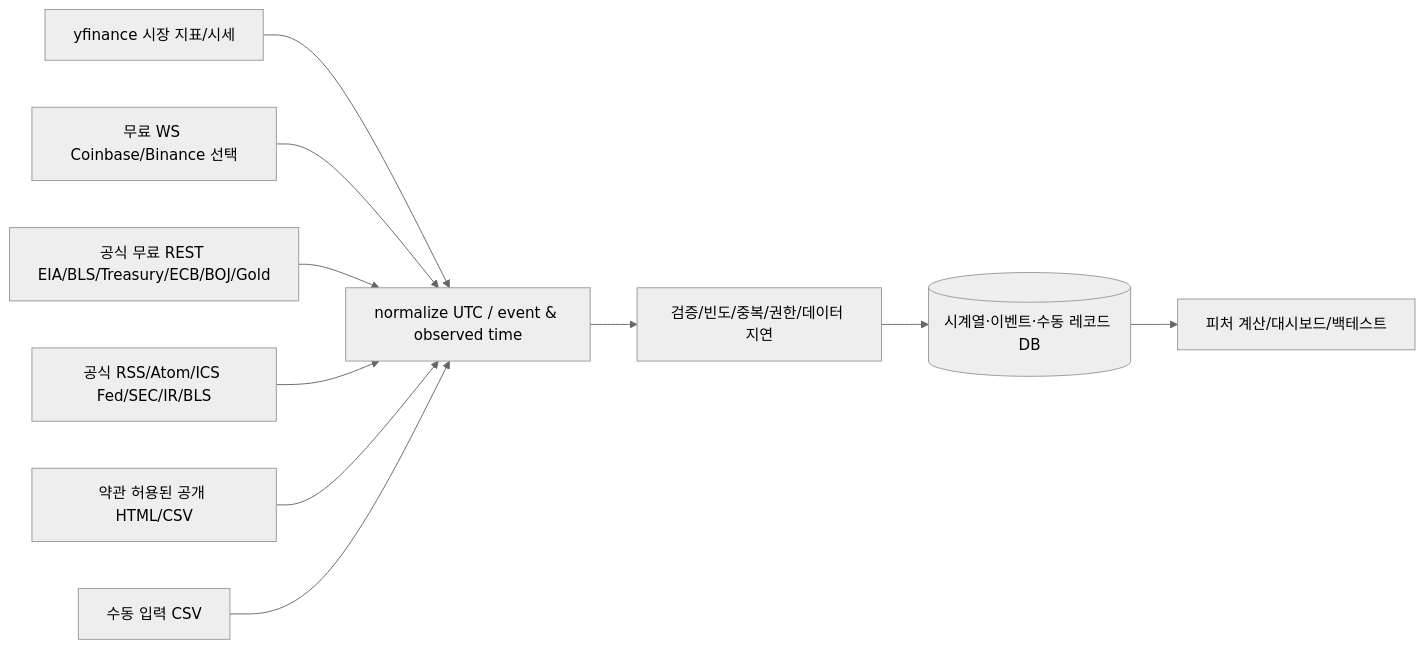
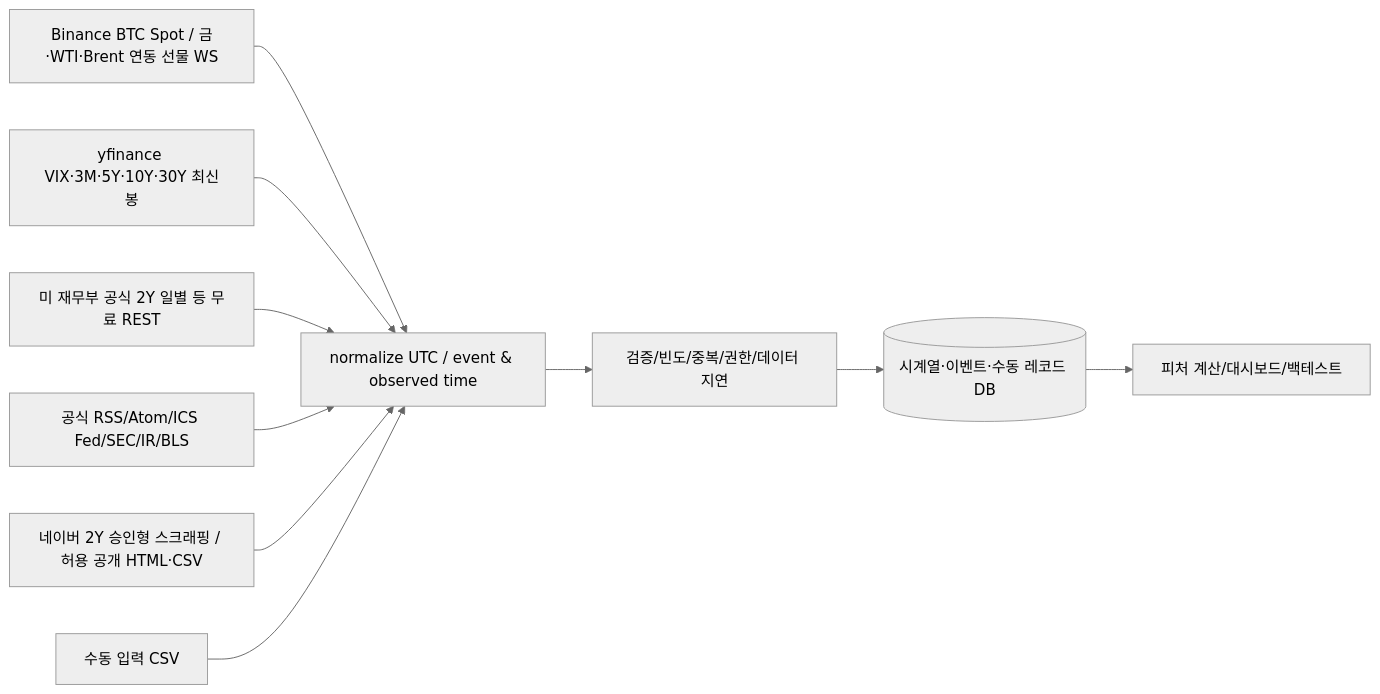
The diagram in docs/Collector_Design.md (ELSAPHABA/Auto-Axe), drawn with Mermaid (neutral theme) before and after one commit. The commit also changed other lines of this file, not shown here.

Commit message:
docs: align collector architecture and schedules with Binance live and gated Naver 2Y

````diff
--- a/docs/Collector_Design.md
+++ b/docs/Collector_Design.md
@@ -7,12 +7,12 @@
 ```mermaid
 flowchart LR
-  A[yfinance 시장 지표/시세] --> N
-  X[무료 WS Coinbase/Binance 선택] --> N[normalize UTC / event & observed time]
-  B[공식 무료 REST EIA/BLS/Treasury/ECB/BOJ/Gold] --> N
+  A[Binance BTC Spot / 금·WTI·Brent 연동 선물 WS] --> N
+  X[yfinance VIX·3M·5Y·10Y·30Y 최신봉] --> N[normalize UTC / event & observed time]
+  B[미 재무부 공식 2Y 일별 등 무료 REST] --> N
   C[공식 RSS/Atom/ICS Fed/SEC/IR/BLS] --> N
-  D[약관 허용된 공개 HTML/CSV] --> N
+  D[네이버 2Y 승인형 스크래핑 / 허용 공개 HTML·CSV] --> N
   E[수동 입력 CSV] --> N
   N --> Q[검증/빈도/중복/권한/데이터 지연]
   Q --> DB[(시계열·이벤트·수동 레코드 DB)]
   DB --> P[피처 계산/대시보드/백테스트]
 ```
````
